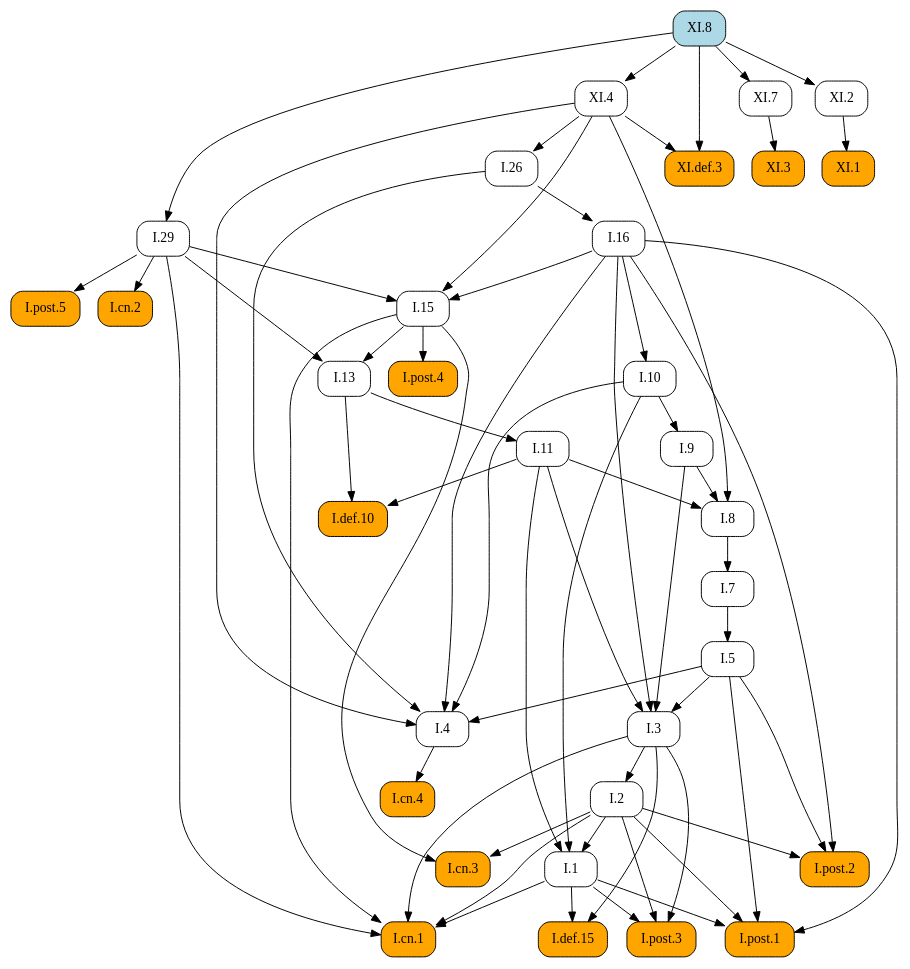
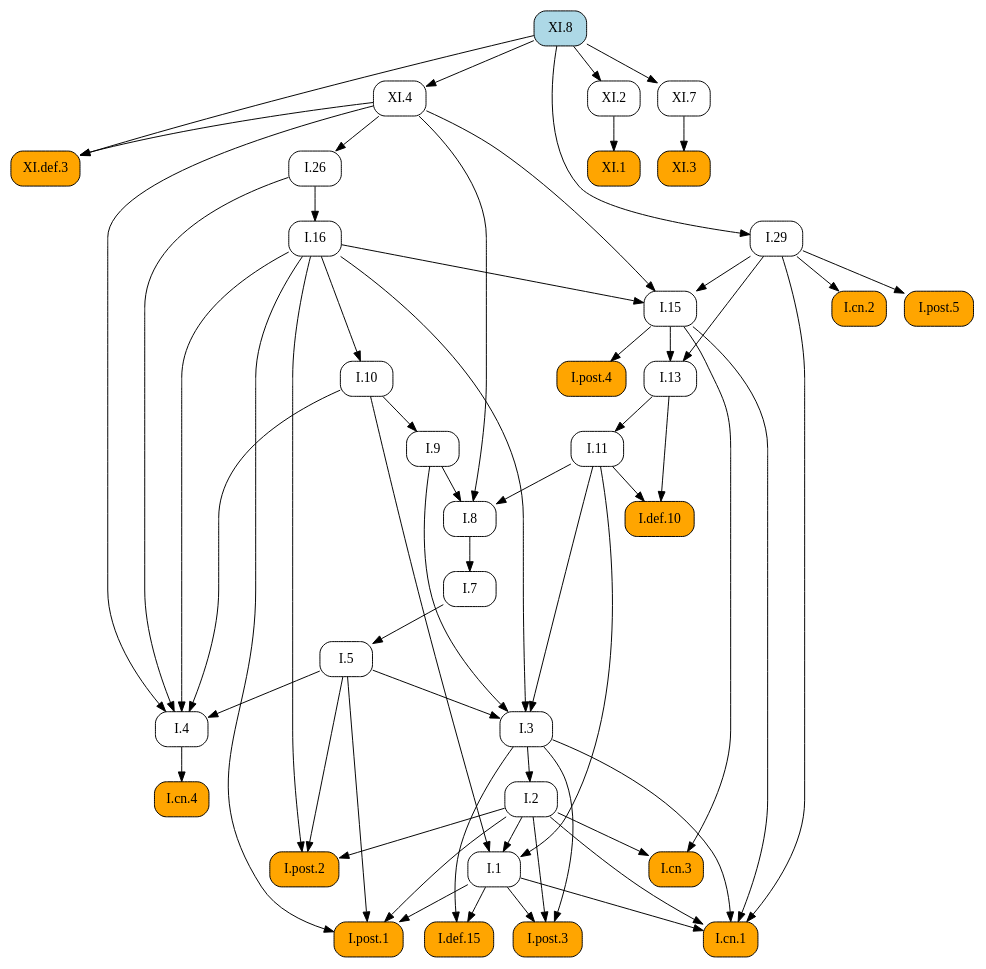
Before and after one commit to geometor/elements: the diagram in docsrc/heath/XI/8/index.rst, drawn with Graphviz. The commit also changed other lines of this file and 484 other files, not shown here.

```diff
--- a/docsrc/heath/XI/8/index.rst
+++ b/docsrc/heath/XI/8/index.rst
@@ -59,98 +59,98 @@
    digraph {
      rankdir="TB";
      node [shape=box, style=rounded];
+     "I.9" [URL="/heath/I/9/", target="_top"];
+     "XI.4" [URL="/heath/XI/4/", target="_top"];
+     "I.def.15" [style="rounded,filled", fillcolor=orange, URL="/heath/I/def.15/", target="_top"];
+     "XI.8" [style="rounded,filled", fillcolor=lightblue, URL="/heath/XI/8/", target="_top"];
+     "I.post.3" [style="rounded,filled", fillcolor=orange, URL="/heath/I/post.3/", target="_top"];
+     "I.post.1" [style="rounded,filled", fillcolor=orange, URL="/heath/I/post.1/", target="_top"];
+     "XI.3" [style="rounded,filled", fillcolor=orange, URL="/heath/XI/3/", target="_top"];
      "I.def.10" [style="rounded,filled", fillcolor=orange, URL="/heath/I/def.10/", target="_top"];
      "XI.def.3" [style="rounded,filled", fillcolor=orange, URL="/heath/XI/def.3/", target="_top"];
+     "XI.2" [URL="/heath/XI/2/", target="_top"];
+     "XI.7" [URL="/heath/XI/7/", target="_top"];
+     "I.3" [URL="/heath/I/3/", target="_top"];
+     "I.cn.1" [style="rounded,filled", fillcolor=orange, URL="/heath/I/cn.1/", target="_top"];
+     "I.7" [URL="/heath/I/7/", target="_top"];
+     "I.2" [URL="/heath/I/2/", target="_top"];
+     "I.13" [URL="/heath/I/13/", target="_top"];
+     "I.post.4" [style="rounded,filled", fillcolor=orange, URL="/heath/I/post.4/", target="_top"];
+     "I.4" [URL="/heath/I/4/", target="_top"];
+     "I.1" [URL="/heath/I/1/", target="_top"];
+     "I.5" [URL="/heath/I/5/", target="_top"];
+     "I.8" [URL="/heath/I/8/", target="_top"];
+     "I.29" [URL="/heath/I/29/", target="_top"];
+     "I.cn.3" [style="rounded,filled", fillcolor=orange, URL="/heath/I/cn.3/", target="_top"];
+     "I.16" [URL="/heath/I/16/", target="_top"];
+     "I.15" [URL="/heath/I/15/", target="_top"];
+     "I.10" [URL="/heath/I/10/", target="_top"];
      "I.11" [URL="/heath/I/11/", target="_top"];
-     "I.post.4" [style="rounded,filled", fillcolor=orange, URL="/heath/I/post.4/", target="_top"];
-     "I.1" [URL="/heath/I/1/", target="_top"];
+     "I.cn.2" [style="rounded,filled", fillcolor=orange, URL="/heath/I/cn.2/", target="_top"];
+     "I.post.5" [style="rounded,filled", fillcolor=orange, URL="/heath/I/post.5/", target="_top"];
+     "XI.1" [style="rounded,filled", fillcolor=orange, URL="/heath/XI/1/", target="_top"];
+     "I.cn.4" [style="rounded,filled", fillcolor=orange, URL="/heath/I/cn.4/", target="_top"];
+     "I.post.2" [style="rounded,filled", fillcolor=orange, URL="/heath/I/post.2/", target="_top"];
      "I.26" [URL="/heath/I/26/", target="_top"];
-     "XI.7" [URL="/heath/XI/7/", target="_top"];
-     "I.29" [URL="/heath/I/29/", target="_top"];
-     "I.cn.2" [style="rounded,filled", fillcolor=orange, URL="/heath/I/cn.2/", target="_top"];
-     "XI.8" [style="rounded,filled", fillcolor=lightblue, URL="/heath/XI/8/", target="_top"];
-     "I.def.15" [style="rounded,filled", fillcolor=orange, URL="/heath/I/def.15/", target="_top"];
-     "I.post.3" [style="rounded,filled", fillcolor=orange, URL="/heath/I/post.3/", target="_top"];
-     "XI.1" [style="rounded,filled", fillcolor=orange, URL="/heath/XI/1/", target="_top"];
-     "I.cn.1" [style="rounded,filled", fillcolor=orange, URL="/heath/I/cn.1/", target="_top"];
-     "I.cn.3" [style="rounded,filled", fillcolor=orange, URL="/heath/I/cn.3/", target="_top"];
-     "XI.2" [URL="/heath/XI/2/", target="_top"];
-     "I.post.1" [style="rounded,filled", fillcolor=orange, URL="/heath/I/post.1/", target="_top"];
-     "I.7" [URL="/heath/I/7/", target="_top"];
-     "I.3" [URL="/heath/I/3/", target="_top"];
-     "I.2" [URL="/heath/I/2/", target="_top"];
-     "I.4" [URL="/heath/I/4/", target="_top"];
-     "I.13" [URL="/heath/I/13/", target="_top"];
-     "I.post.2" [style="rounded,filled", fillcolor=orange, URL="/heath/I/post.2/", target="_top"];
-     "I.16" [URL="/heath/I/16/", target="_top"];
-     "I.9" [URL="/heath/I/9/", target="_top"];
-     "I.8" [URL="/heath/I/8/", target="_top"];
-     "I.cn.4" [style="rounded,filled", fillcolor=orange, URL="/heath/I/cn.4/", target="_top"];
-     "I.15" [URL="/heath/I/15/", target="_top"];
-     "XI.4" [URL="/heath/XI/4/", target="_top"];
-     "I.post.5" [style="rounded,filled", fillcolor=orange, URL="/heath/I/post.5/", target="_top"];
-     "I.10" [URL="/heath/I/10/", target="_top"];
-     "I.5" [URL="/heath/I/5/", target="_top"];
-     "XI.3" [style="rounded,filled", fillcolor=orange, URL="/heath/XI/3/", target="_top"];
-     "I.11" -> "I.def.10";
-     "I.13" -> "I.def.10";
-     "XI.4" -> "XI.def.3";
-     "XI.8" -> "XI.def.3";
-     "I.13" -> "I.11";
-     "I.15" -> "I.post.4";
-     "I.2" -> "I.1";
-     "I.10" -> "I.1";
-     "I.11" -> "I.1";
-     "XI.4" -> "I.26";
-     "XI.8" -> "XI.7";
-     "XI.8" -> "I.29";
-     "I.29" -> "I.cn.2";
+     "I.10" -> "I.9";
+     "XI.8" -> "XI.4";
      "I.1" -> "I.def.15";
      "I.3" -> "I.def.15";
      "I.1" -> "I.post.3";
      "I.2" -> "I.post.3";
      "I.3" -> "I.post.3";
-     "XI.2" -> "XI.1";
+     "I.1" -> "I.post.1";
+     "I.2" -> "I.post.1";
+     "I.5" -> "I.post.1";
+     "I.16" -> "I.post.1";
+     "XI.7" -> "XI.3";
+     "I.11" -> "I.def.10";
+     "I.13" -> "I.def.10";
+     "XI.4" -> "XI.def.3";
+     "XI.8" -> "XI.def.3";
+     "XI.8" -> "XI.2";
+     "XI.8" -> "XI.7";
+     "I.5" -> "I.3";
+     "I.9" -> "I.3";
+     "I.11" -> "I.3";
+     "I.16" -> "I.3";
      "I.1" -> "I.cn.1";
      "I.2" -> "I.cn.1";
      "I.3" -> "I.cn.1";
      "I.15" -> "I.cn.1";
      "I.29" -> "I.cn.1";
-     "I.2" -> "I.cn.3";
-     "I.15" -> "I.cn.3";
-     "XI.8" -> "XI.2";
-     "I.1" -> "I.post.1";
-     "I.2" -> "I.post.1";
-     "I.5" -> "I.post.1";
-     "I.16" -> "I.post.1";
      "I.8" -> "I.7";
-     "I.5" -> "I.3";
-     "I.9" -> "I.3";
-     "I.11" -> "I.3";
-     "I.16" -> "I.3";
      "I.3" -> "I.2";
+     "I.15" -> "I.13";
+     "I.29" -> "I.13";
+     "I.15" -> "I.post.4";
      "I.5" -> "I.4";
      "I.10" -> "I.4";
      "I.16" -> "I.4";
      "I.26" -> "I.4";
      "XI.4" -> "I.4";
-     "I.15" -> "I.13";
-     "I.29" -> "I.13";
+     "I.2" -> "I.1";
+     "I.10" -> "I.1";
+     "I.11" -> "I.1";
+     "I.7" -> "I.5";
+     "I.9" -> "I.8";
+     "I.11" -> "I.8";
+     "XI.4" -> "I.8";
+     "XI.8" -> "I.29";
+     "I.2" -> "I.cn.3";
+     "I.15" -> "I.cn.3";
+     "I.26" -> "I.16";
+     "I.16" -> "I.15";
+     "I.29" -> "I.15";
+     "XI.4" -> "I.15";
+     "I.16" -> "I.10";
+     "I.13" -> "I.11";
+     "I.29" -> "I.cn.2";
+     "I.29" -> "I.post.5";
+     "XI.2" -> "XI.1";
+     "I.4" -> "I.cn.4";
      "I.2" -> "I.post.2";
      "I.5" -> "I.post.2";
      "I.16" -> "I.post.2";
-     "I.26" -> "I.16";
-     "I.10" -> "I.9";
-     "I.9" -> "I.8";
-     "I.11" -> "I.8";
-     "XI.4" -> "I.8";
-     "I.4" -> "I.cn.4";
-     "I.16" -> "I.15";
-     "I.29" -> "I.15";
-     "XI.4" -> "I.15";
-     "XI.8" -> "XI.4";
-     "I.29" -> "I.post.5";
-     "I.16" -> "I.10";
-     "I.7" -> "I.5";
-     "XI.7" -> "XI.3";
+     "XI.4" -> "I.26";
    }
```
